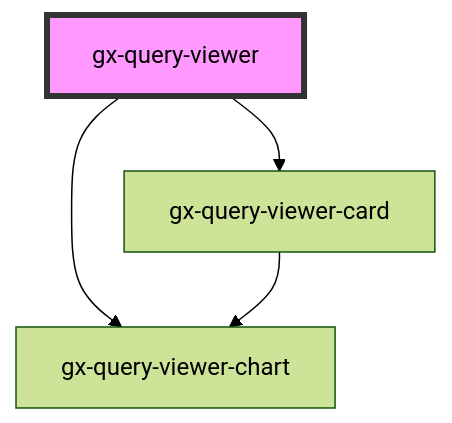
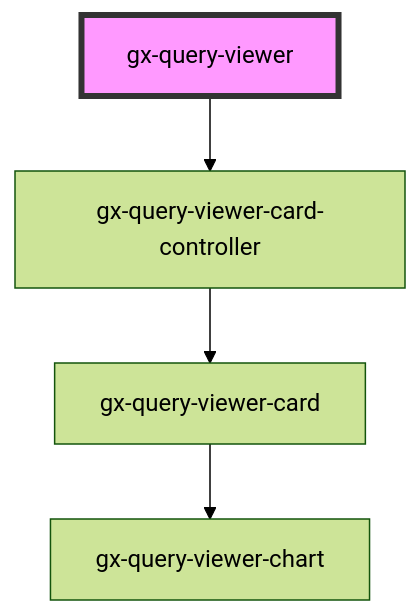
One commit to genexuslabs/reporting-controls-library changed the diagram in src/components/query-viewer/readme.md. Above: the diagram before and after it, drawn with Mermaid (forest theme). The commit also changed other lines of this file and 4 other files, not shown here.

````diff
--- a/src/components/query-viewer/readme.md
+++ b/src/components/query-viewer/readme.md
@@ -62,7 +55,7 @@
 ```mermaid
 graph TD;
-  gx-query-viewer --> gx-query-viewer-card
-  gx-query-viewer --> gx-query-viewer-chart
+  gx-query-viewer --> gx-query-viewer-card-controller
+  gx-query-viewer-card-controller --> gx-query-viewer-card
   gx-query-viewer-card --> gx-query-viewer-chart
   style gx-query-viewer fill:#f9f,stroke:#333,stroke-width:4px
 ```
````
